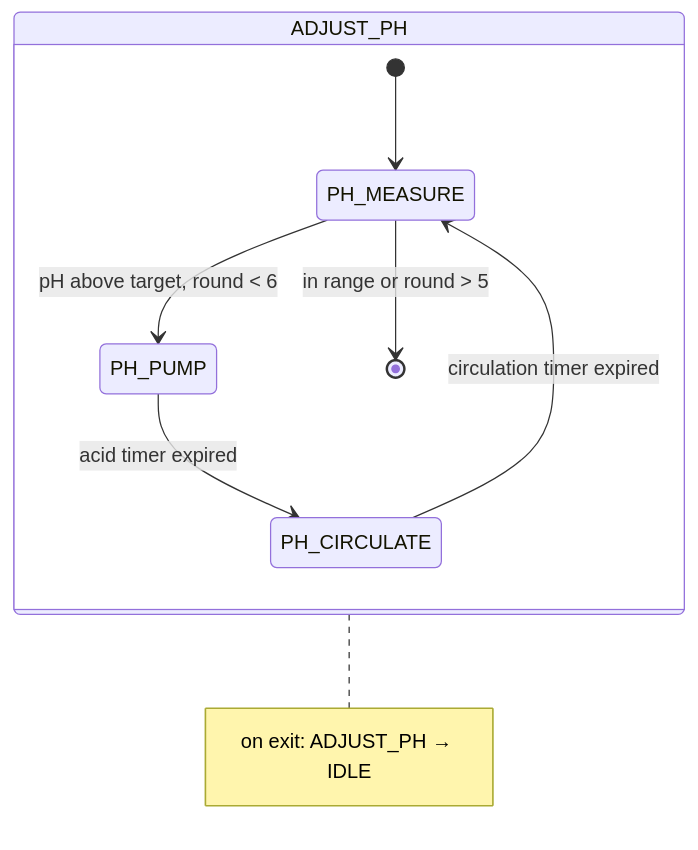
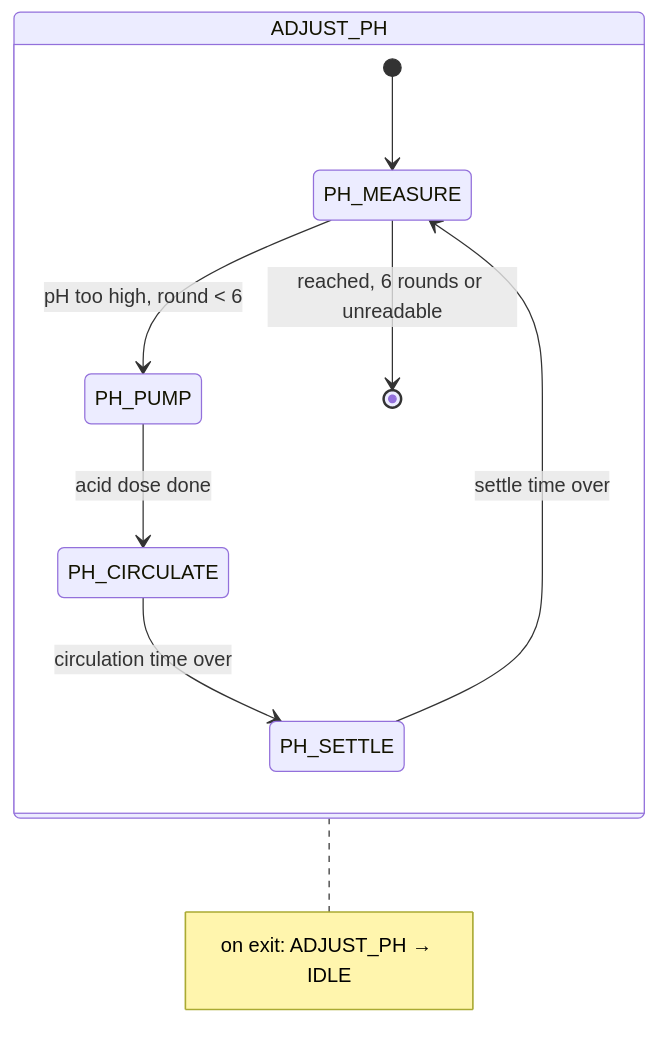
Before and after one commit to gadgetmies/nutrient-mixer: the second of 3 diagrams in tla/README.md, drawn with Mermaid. The commit also changed other lines of this file and 6 other files, not shown here.

````diff
--- a/tla/README.md
+++ b/tla/README.md
@@ -75,13 +93,14 @@
 ```mermaid
 stateDiagram-v2
     state "ADJUST_PH" as SUB {
     [*] --> PH_MEASURE
-    PH_CIRCULATE --> PH_MEASURE: circulation timer expired
-    PH_MEASURE --> PH_PUMP: pH above target, round < 6
-    PH_PUMP --> PH_CIRCULATE: acid timer expired
-    PH_MEASURE --> [*]: in range or round > 5
+    PH_CIRCULATE --> PH_SETTLE: circulation time over
+    PH_MEASURE --> PH_PUMP: pH too high, round < 6
+    PH_PUMP --> PH_CIRCULATE: acid dose done
+    PH_SETTLE --> PH_MEASURE: settle time over
+    PH_MEASURE --> [*]: reached, 6 rounds or unreadable
     }
     note right of SUB
         on exit: ADJUST_PH → IDLE
     end note
 ```
````
